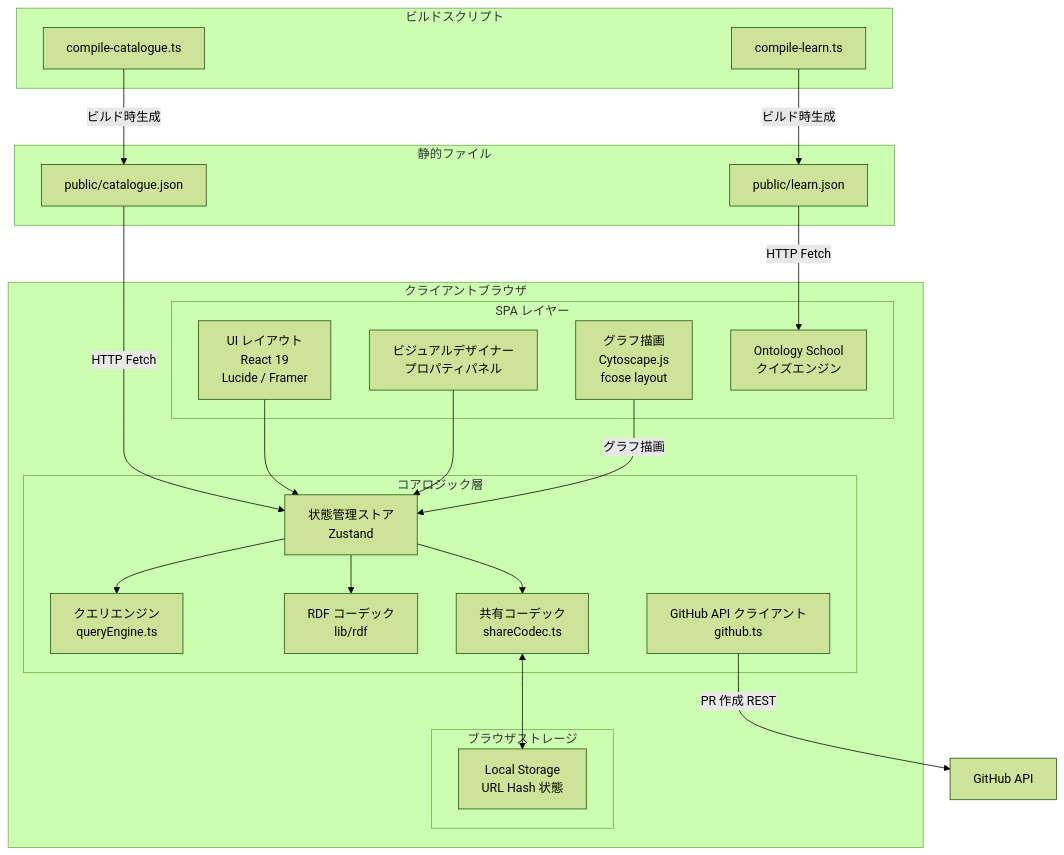
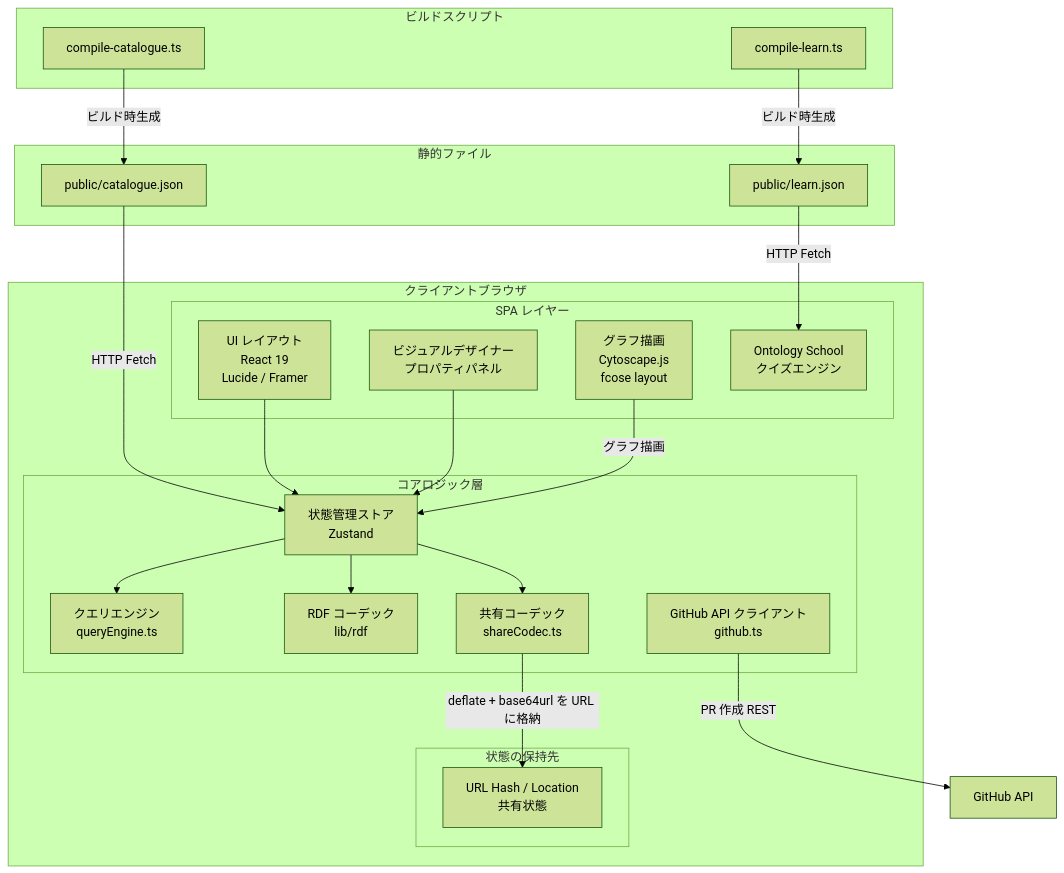
Before and after one commit to suwa-sh/zenn-contents: the second of 5 diagrams in articles/ontology-playground_20260719.md, drawn with Mermaid (forest theme). The commit also changed other lines of this file, not shown here.

````diff
--- a/articles/ontology-playground_20260719.md
+++ b/articles/ontology-playground_20260719.md
@@ -80,48 +82,48 @@
 ```mermaid
 graph TB
     subgraph ClientBrowser ["クライアントブラウザ"]
         subgraph WebAppContainer ["SPA レイヤー"]
             ui["UI レイアウト<br/>React 19<br/>Lucide / Framer"]
             graph_view["グラフ描画<br/>Cytoscape.js<br/>fcose layout"]
             designer_view["ビジュアルデザイナー<br/>プロパティパネル"]
             learn_view["Ontology School<br/>クイズエンジン"]
         end
 
         subgraph CoreEngineContainer ["コアロジック層"]
             store["状態管理ストア<br/>Zustand"]
             query_engine["クエリエンジン<br/>queryEngine.ts"]
             rdf_codec["RDF コーデック<br/>lib/rdf"]
             share_codec["共有コーデック<br/>shareCodec.ts"]
             github_client["GitHub API クライアント<br/>github.ts"]
         end
 
-        subgraph StorageContainer ["ブラウザストレージ"]
-            local_storage["Local Storage<br/>URL Hash 状態"]
+        subgraph StorageContainer ["状態の保持先"]
+            local_storage["URL Hash / Location<br/>共有状態"]
         end
     end
 
     subgraph BuildPipeline ["ビルドスクリプト"]
         cat_builder["compile-catalogue.ts"]
         learn_builder["compile-learn.ts"]
     end
 
     subgraph StaticAssets ["静的ファイル"]
         cat_json["public/catalogue.json"]
         learn_json["public/learn.json"]
     end
 
     github_repo["GitHub API"]
 
     cat_builder -->|"ビルド時生成"| cat_json
     learn_builder -->|"ビルド時生成"| learn_json
     cat_json -->|"HTTP Fetch"| store
     learn_json -->|"HTTP Fetch"| learn_view
     ui --> store
     designer_view --> store
     graph_view -->|"グラフ描画"| store
     store --> query_engine
     store --> rdf_codec
     store --> share_codec
-    share_codec <--> local_storage
+    share_codec -->|"deflate + base64url を URL に格納"| local_storage
     github_client -->|"PR 作成 REST"| github_repo
 ```
````
